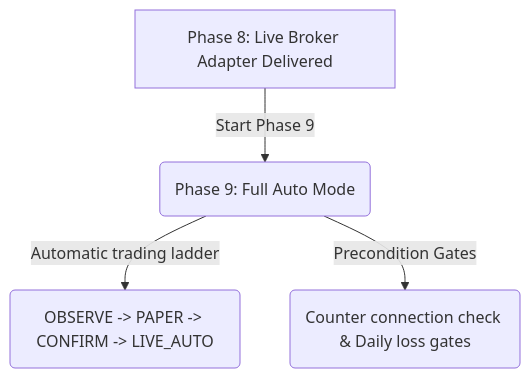
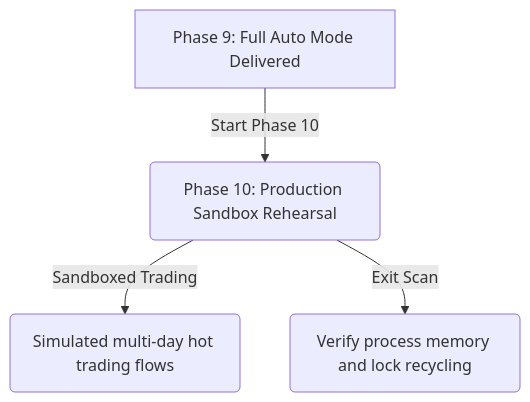
The diagram in stock_standalone/TRADING_KERNEL_PROGRESS.md (johnsonhongyi/pyQuant3), drawn with Mermaid before and after one commit. The commit also changed other lines of this file and 3 other files, not shown here.

````diff
--- a/stock_standalone/TRADING_KERNEL_PROGRESS.md
+++ b/stock_standalone/TRADING_KERNEL_PROGRESS.md
@@ -84,6 +86,6 @@
 ```mermaid
 graph TD
-    A[Phase 8: Live Broker Adapter Delivered] -->|Start Phase 9| B(Phase 9: Full Auto Mode)
-    B -->|Automatic trading ladder| B1(OBSERVE -> PAPER -> CONFIRM -> LIVE_AUTO)
-    B -->|Precondition Gates| B2(Counter connection check & Daily loss gates)
+    A[Phase 9: Full Auto Mode Delivered] -->|Start Phase 10| B(Phase 10: Production Sandbox Rehearsal)
+    B -->|Sandboxed Trading| B1(Simulated multi-day hot trading flows)
+    B -->|Exit Scan| B2(Verify process memory and lock recycling)
 ```
````
